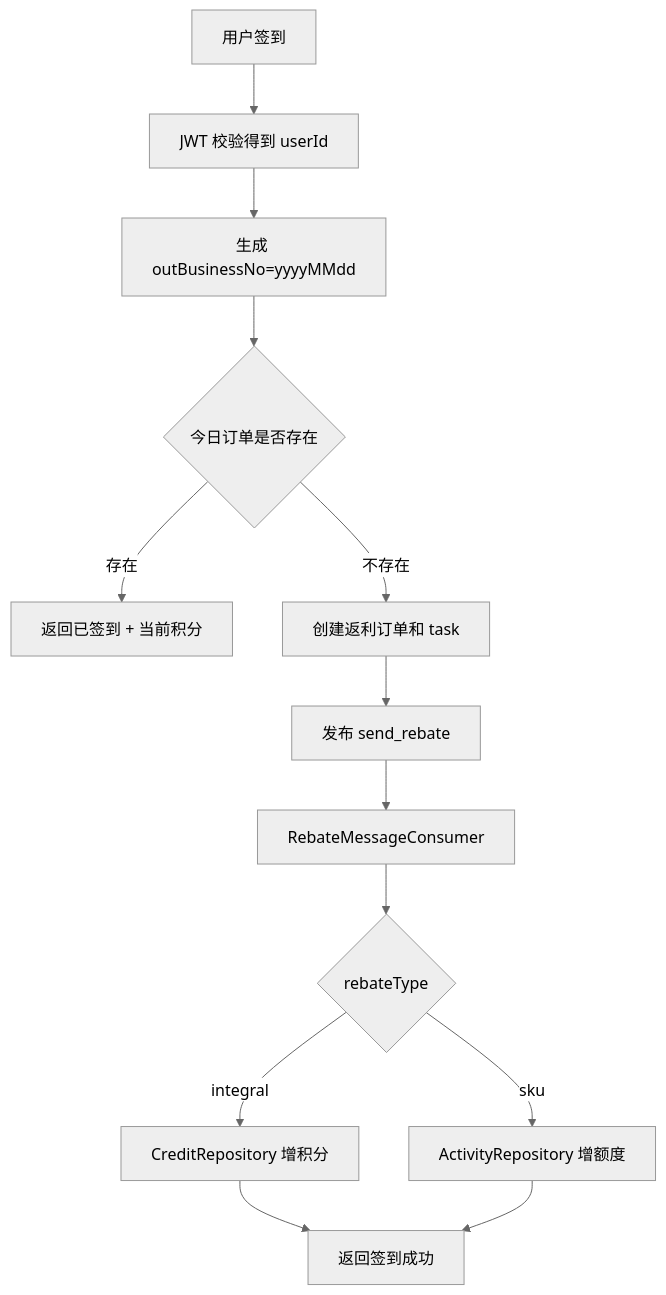
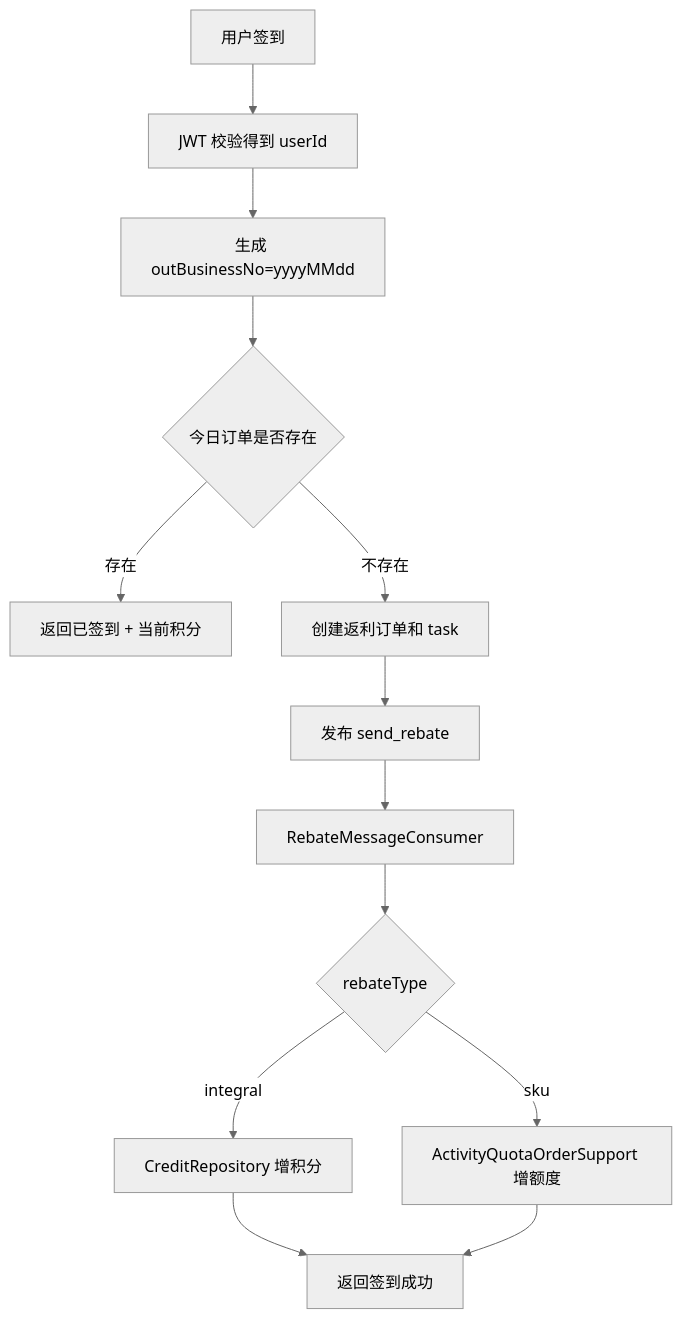
Before and after one commit to dyxnb22/big-market-ai-platform: the sixth of 10 diagrams in docs/learning/01-url-request-flows.md, drawn with Mermaid (neutral theme). The commit also changed other lines of this file and 187 other files, not shown here.

````diff
--- a/docs/learning/01-url-request-flows.md
+++ b/docs/learning/01-url-request-flows.md
@@ -168,15 +168,15 @@
 ```mermaid
 flowchart TD
     A["用户签到"] --> B["JWT 校验得到 userId"]
     B --> C["生成 outBusinessNo=yyyyMMdd"]
     C --> D{"今日订单是否存在"}
     D -->|存在| E["返回已签到 + 当前积分"]
     D -->|不存在| F["创建返利订单和 task"]
     F --> G["发布 send_rebate"]
     G --> H["RebateMessageConsumer"]
     H --> I{"rebateType"}
     I -->|integral| J["CreditRepository 增积分"]
-    I -->|sku| K["ActivityRepository 增额度"]
+    I -->|sku| K["ActivityQuotaOrderSupport 增额度"]
     J --> L["返回签到成功"]
     K --> L
 ```
````
